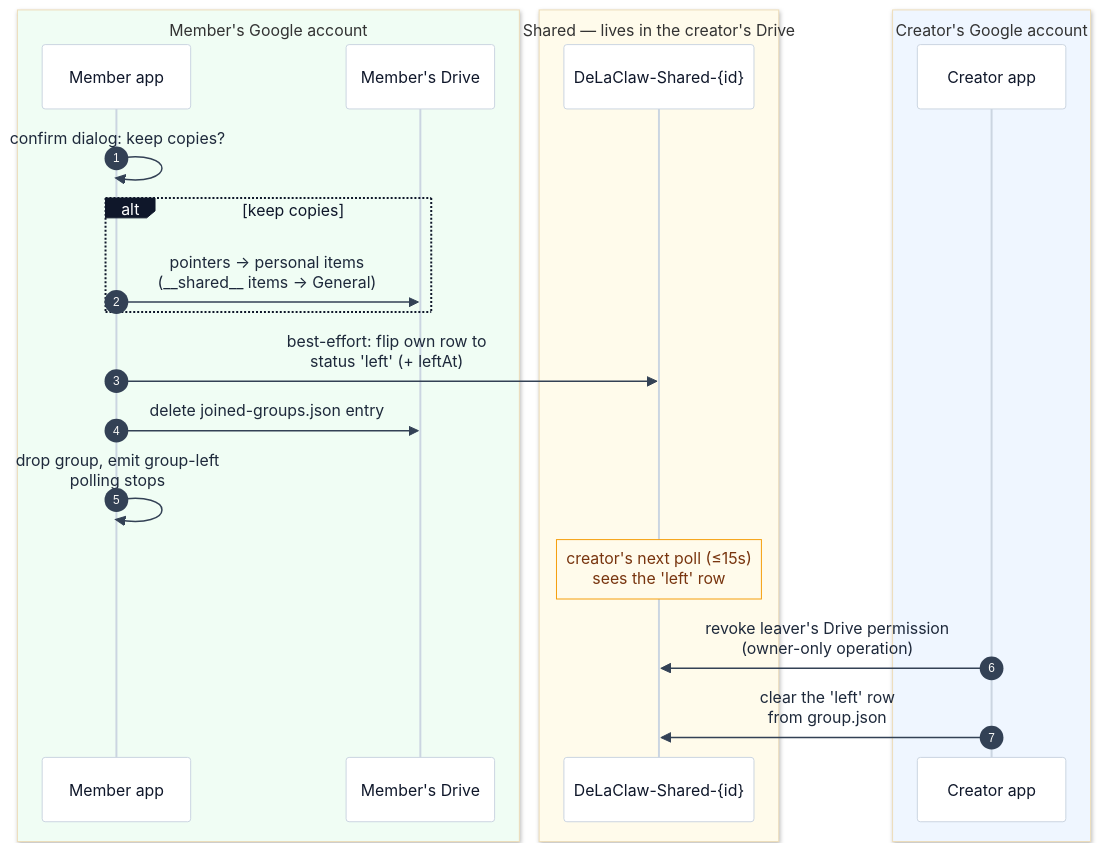
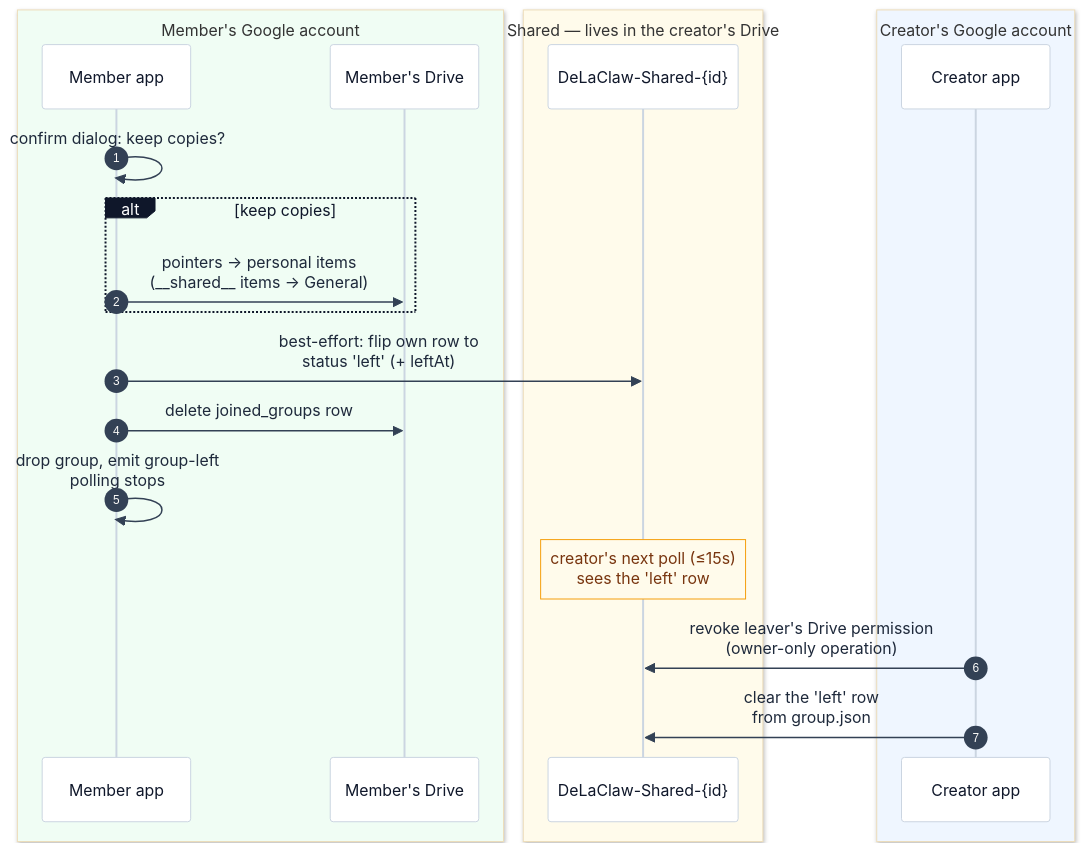
Before and after one commit to AntGro/DeLaClaw: the ninth of 12 diagrams in docs-site/sharing.md, drawn with Mermaid. The commit also changed other lines of this file and 12 other files, not shown here.

````diff
--- a/docs-site/sharing.md
+++ b/docs-site/sharing.md
@@ -255,26 +255,26 @@
 ```mermaid
 %%{init: {'theme': 'base', 'themeVariables': {'background': '#fbfaf8', 'actorBkg': '#ffffff', 'actorBorder': '#cbd5e1', 'actorTextColor': '#0f172a', 'actorLineColor': '#cbd5e1', 'signalColor': '#334155', 'signalTextColor': '#1e293b', 'noteBkgColor': '#fffbeb', 'noteBorderColor': '#f59e0b', 'noteTextColor': '#78350f', 'labelBoxBkgColor': '#0f172a', 'labelBoxBorderColor': '#0f172a', 'labelTextColor': '#ffffff'}}}%%
 sequenceDiagram
     autonumber
     box rgb(240,253,244) Member's Google account
     participant MA as Member app
     participant MD as Member's Drive
     end
     box rgb(255,251,235) Shared — lives in the creator's Drive
     participant SF as DeLaClaw-Shared-{id}
     end
     box rgb(239,246,255) Creator's Google account
     participant CA as Creator app
     end
 
     MA->>MA: confirm dialog: keep copies?
     alt keep copies
     MA->>MD: pointers → personal items<br/>(__shared__ items → General)
     end
     MA->>SF: best-effort: flip own row to<br/>status 'left' (+ leftAt)
-    MA->>MD: delete joined-groups.json entry
+    MA->>MD: delete joined_groups row
     MA->>MA: drop group, emit group-left<br/>polling stops
     Note over SF: creator's next poll (≤15s)<br/>sees the 'left' row
     CA->>SF: revoke leaver's Drive permission<br/>(owner-only operation)
     CA->>SF: clear the 'left' row<br/>from group.json
 ```
````
